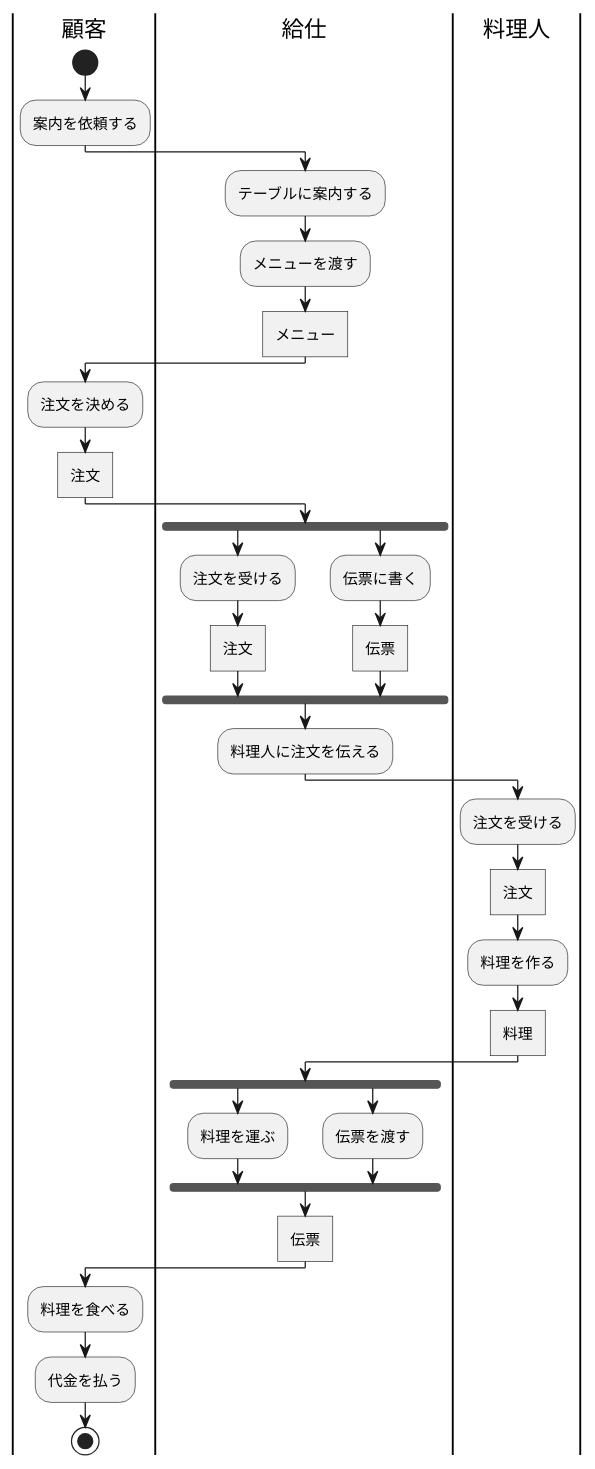
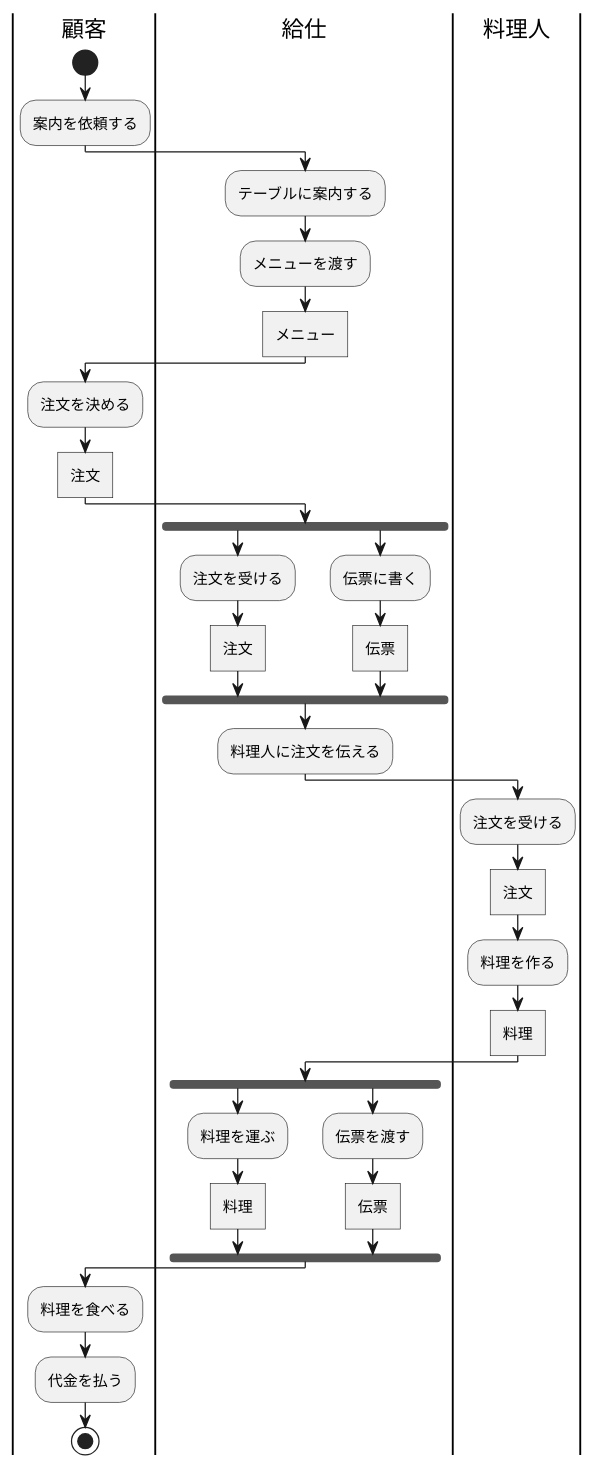
The diagram in 演習7-3_AC_レストランのアクティビティ図.pu (hosoya0503/uml-intro), drawn with PlantUML before and after one commit.

Commit message:
レストラン

```diff
--- a/演習7-3_AC_レストランのアクティビティ図.pu
+++ b/演習7-3_AC_レストランのアクティビティ図.pu
@@ -1,40 +1,41 @@
 @startuml レストラン
 |顧客|
 |給仕|
 |料理人|
 |顧客|
 start
 :案内を依頼する;
 |給仕|
 :テーブルに案内する;
 :メニューを渡す;
 :メニュー]
 |顧客|
 :注文を決める;
 :注文]
 |給仕|
 fork
 :注文を受ける;
 :注文]
 fork again
 :伝票に書く;
 :伝票]
 end fork
 :料理人に注文を伝える;
 |料理人|
 :注文を受ける;
 :注文]
 :料理を作る;
 :料理]
 |給仕|
 fork
 :料理を運ぶ;
+:料理]
 fork again
 :伝票を渡す;
+:伝票]
 end fork
-:伝票]
 |顧客|
 :料理を食べる;
 :代金を払う;
 stop
 @enduml
```
